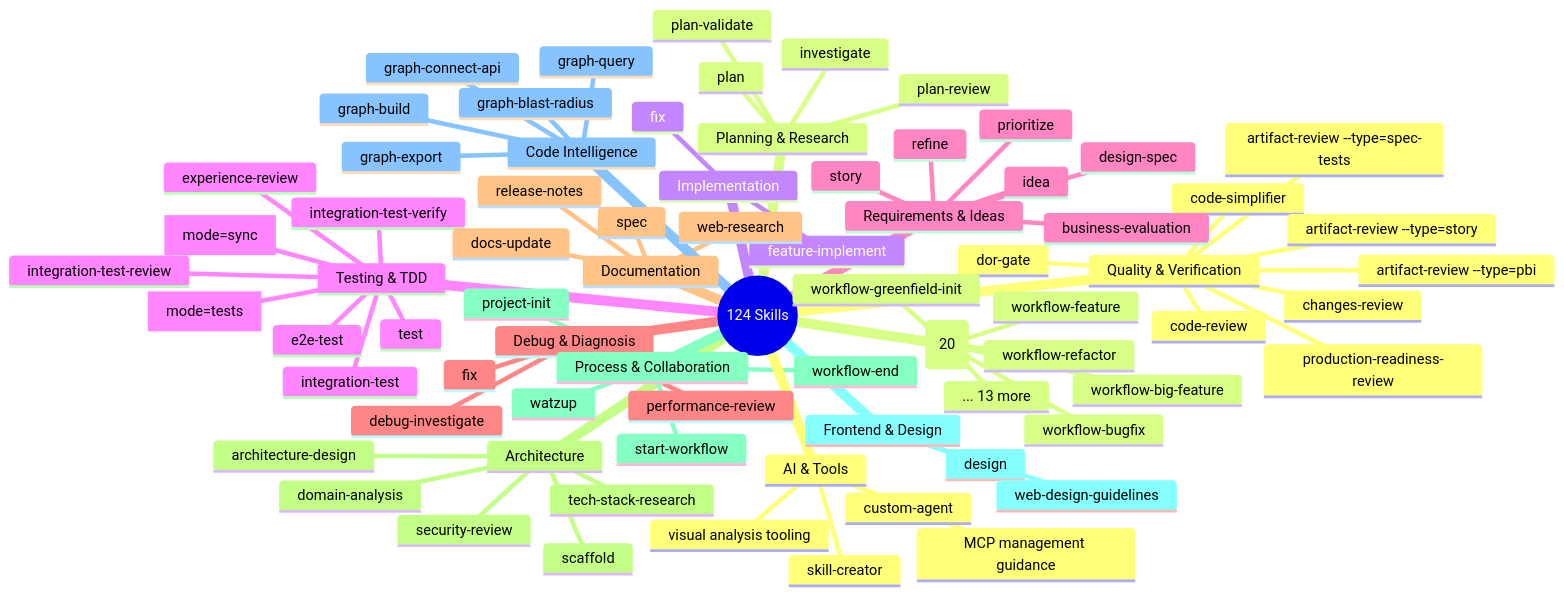
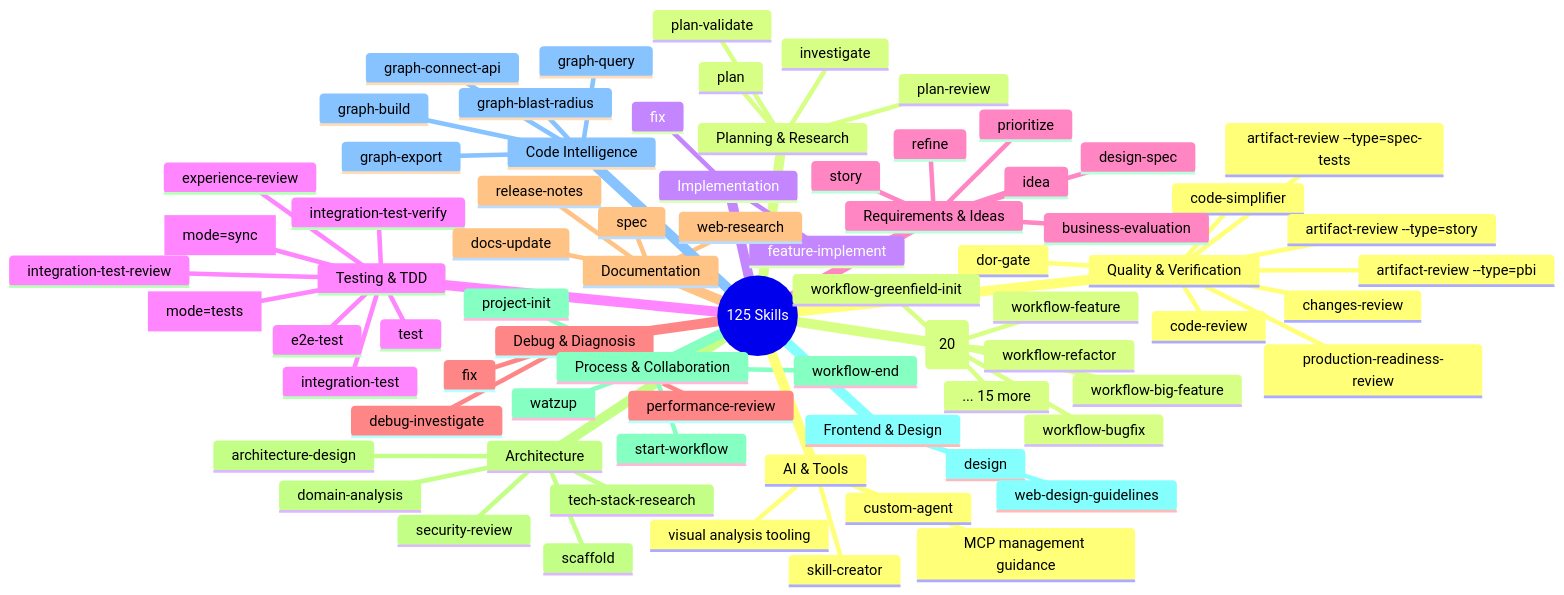
One commit to duc01226/easy-claude changed the fifth of 20 diagrams in .claude/docs/claude-ai-agent-framework-guide.md. Above: the diagram before and after it, drawn with Mermaid. The commit also changed other lines of this file and 786 other files, not shown here.

````diff
--- a/.claude/docs/claude-ai-agent-framework-guide.md
+++ b/.claude/docs/claude-ai-agent-framework-guide.md
@@ -488,78 +502,78 @@
 ```mermaid
 mindmap
-  root((124 Skills))
+  root((125 Skills))
     Quality & Verification
       code-review
       dor-gate
       changes-review
       code-simplifier
       production-readiness-review
       artifact-review --type=pbi
       artifact-review --type=story
       artifact-review --type=spec-tests
     Planning & Research
       plan
       plan-review
       plan-validate
       investigate
     Implementation
       feature-implement
       fix
     Testing & TDD
       spec [mode=tests]
       integration-test
       integration-test-review
       integration-test-verify
       e2e-test
       spec [mode=sync]
       test
       experience-review
     Requirements & Ideas
       idea
       refine
       story
       business-evaluation
       prioritize
       design-spec
     Debug & Diagnosis
       debug-investigate
       fix
       performance-review
     Documentation
       spec
       docs-update
       release-notes
       web-research
     Architecture
       security-review
       architecture-design
       domain-analysis
       scaffold
       tech-stack-research
     Process & Collaboration
       start-workflow
       workflow-end
       project-init
       watzup
     Frontend & Design
       design
       web-design-guidelines
     Code Intelligence
       graph-build
       graph-blast-radius
       graph-query
       graph-export
       graph-connect-api
     AI & Tools
       visual analysis tooling
       custom-agent
       MCP management guidance
       skill-creator
     Workflow Triggers (20)
       workflow-feature
       workflow-big-feature
       workflow-bugfix
       workflow-greenfield-init
       workflow-refactor
-      ... 13 more
+      ... 15 more
 ```
````
